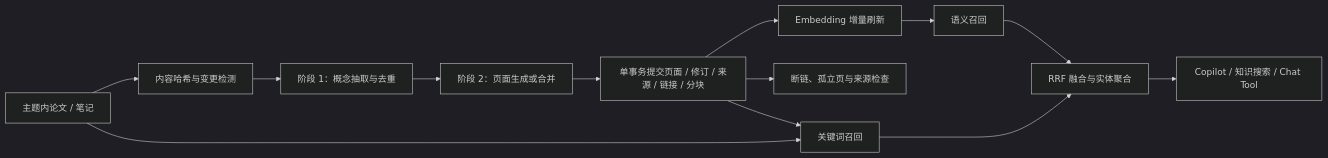
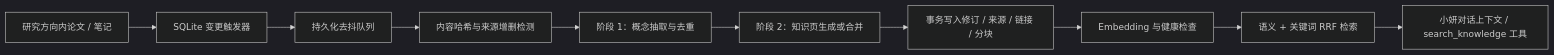
Before and after one commit to Yurken/xiaoyan: the diagram in docs/llm-wiki-and-hybrid-retrieval.md, drawn with Mermaid (dark theme). The commit also changed other lines of this file and 30 other files, not shown here.

````diff
--- a/docs/llm-wiki-and-hybrid-retrieval.md
+++ b/docs/llm-wiki-and-hybrid-retrieval.md
@@ -18,15 +22,12 @@
 ```mermaid
 flowchart LR
-    A["主题内论文 / 笔记"] --> B["内容哈希与变更检测"]
-    B --> C["阶段 1：概念抽取与去重"]
-    C --> D["阶段 2：页面生成或合并"]
-    D --> E["单事务提交页面 / 修订 / 来源 / 链接 / 分块"]
-    E --> F["Embedding 增量刷新"]
-    E --> G["断链、孤立页与来源检查"]
-    F --> H["语义召回"]
-    A --> I["关键词召回"]
-    E --> I
-    H --> J["RRF 融合与实体聚合"]
-    I --> J
-    J --> K["Copilot / 知识搜索 / Chat Tool"]
+    A["研究方向内论文 / 笔记"] --> B["SQLite 变更触发器"]
+    B --> C["持久化去抖队列"]
+    C --> D["内容哈希与来源增删检测"]
+    D --> E["阶段 1：概念抽取与去重"]
+    E --> F["阶段 2：知识页生成或合并"]
+    F --> G["事务写入修订 / 来源 / 链接 / 分块"]
+    G --> H["Embedding 与健康检查"]
+    H --> I["语义 + 关键词 RRF 检索"]
+    I --> J["小妍对话上下文 / search_knowledge 工具"]
 ```
````
